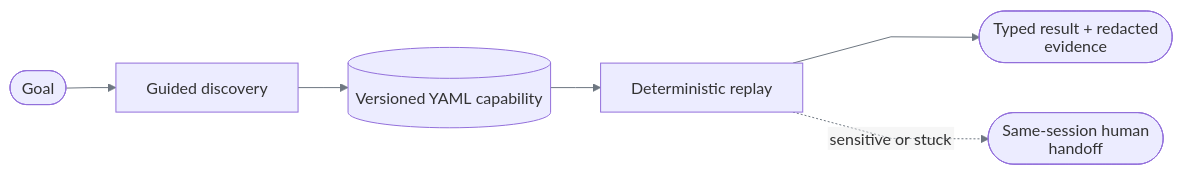
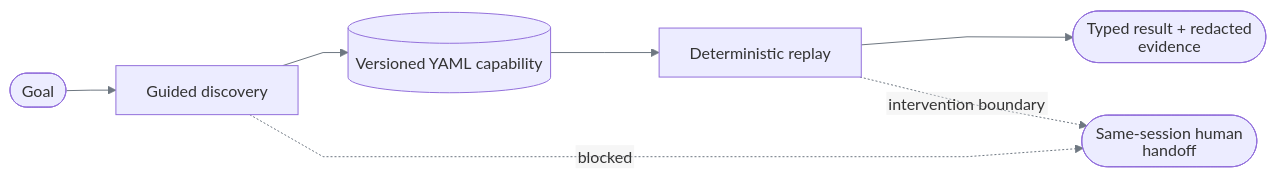
One commit to SivaTSS/replay-forge changed the diagram in README.md. Above: the diagram before and after it, drawn with Mermaid. The commit also changed other lines of this file and 13 other files, not shown here.

````diff
--- a/README.md
+++ b/README.md
@@ -5,9 +5,10 @@
 ```mermaid
 %%{init: {"htmlLabels":false,"themeVariables":{"lineColor":"#6E7781","signalColor":"#6E7781"},"flowchart":{"curve":"linear"},"sequence":{"wrap":true}}}%%
 flowchart LR
     G([Goal]) --> D[Guided discovery]
     D --> A[(Versioned YAML capability)]
     A --> R[Deterministic replay]
     R --> X([Typed result + redacted evidence])
-    R -. sensitive or stuck .-> H([Same-session human handoff])
+    R -. intervention boundary .-> H([Same-session human handoff])
+    D -. blocked .-> H
 ```
````
